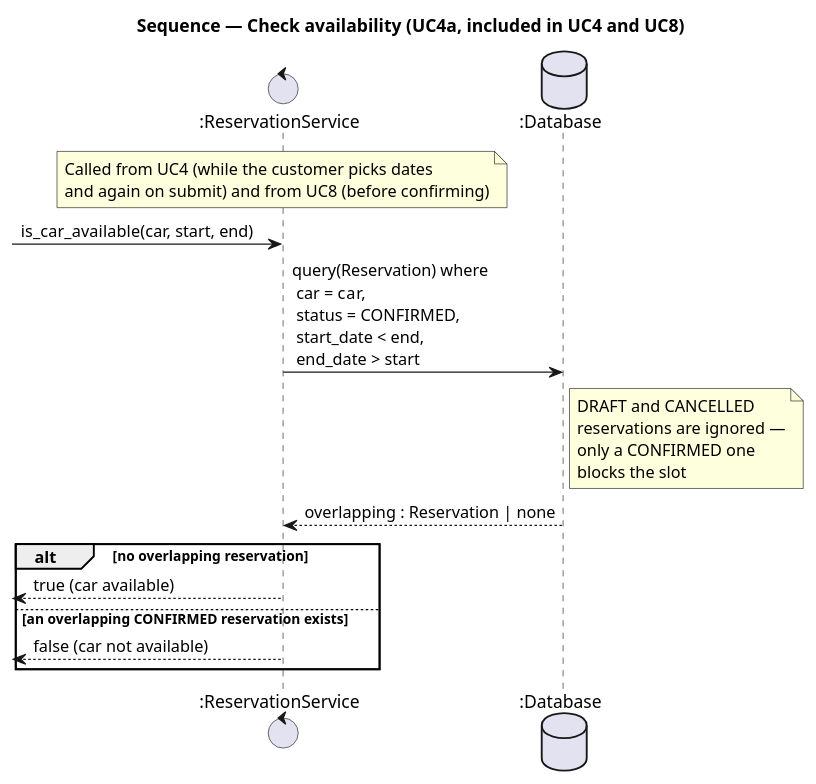
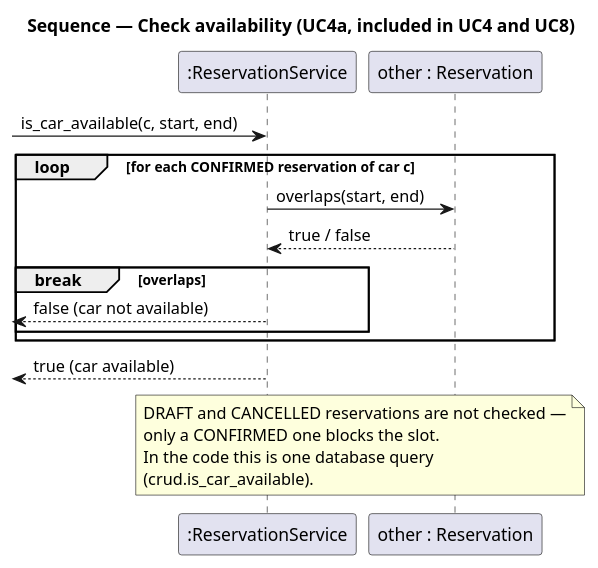
The diagram in docs/diagrams/sequence-check-availability.puml (DavidMagyarics/CarRentalVSB), drawn with PlantUML before and after one commit. The commit also changed 13 other files, not shown here.

Commit message:
docs: draw the sequence diagrams in the lecture style, with the domain objects as the main participants

```diff
--- a/docs/diagrams/sequence-check-availability.puml
+++ b/docs/diagrams/sequence-check-availability.puml
@@ -1,29 +1,25 @@
 @startuml sequence-check-availability
 skinparam backgroundColor white
 skinparam responseMessageBelowArrow true
 skinparam maxMessageSize 260
 title Sequence — Check availability (UC4a, included in UC4 and UC8)
-control ":ReservationService" as Res
-database ":Database" as DB
+participant ":ReservationService" as Res
+participant "other : Reservation" as O
 
-note over Res
-  Called from UC4 (while the customer picks dates
-  and again on submit) and from UC8 (before confirming)
+[-> Res : is_car_available(c, start, end)
+loop for each CONFIRMED reservation of car c
+  Res -> O : overlaps(start, end)
+  O --> Res : true / false
+  break overlaps
+    [<-- Res : false (car not available)
+  end
+end
+[<-- Res : true (car available)
+
+note over Res, O
+  DRAFT and CANCELLED reservations are not checked —
+  only a CONFIRMED one blocks the slot.
+  In the code this is one database query
+  (crud.is_car_available).
 end note
-
-[-> Res : is_car_available(car, start, end)
-Res -> DB : query(Reservation) where\n car = car,\n status = CONFIRMED,\n start_date < end,\n end_date > start
-note right of DB
-  DRAFT and CANCELLED
-  reservations are ignored —
-  only a CONFIRMED one
-  blocks the slot
-end note
-DB --> Res : overlapping : Reservation | none
-
-alt no overlapping reservation
-  [<-- Res : true (car available)
-else an overlapping CONFIRMED reservation exists
-  [<-- Res : false (car not available)
-end
 @enduml
```
